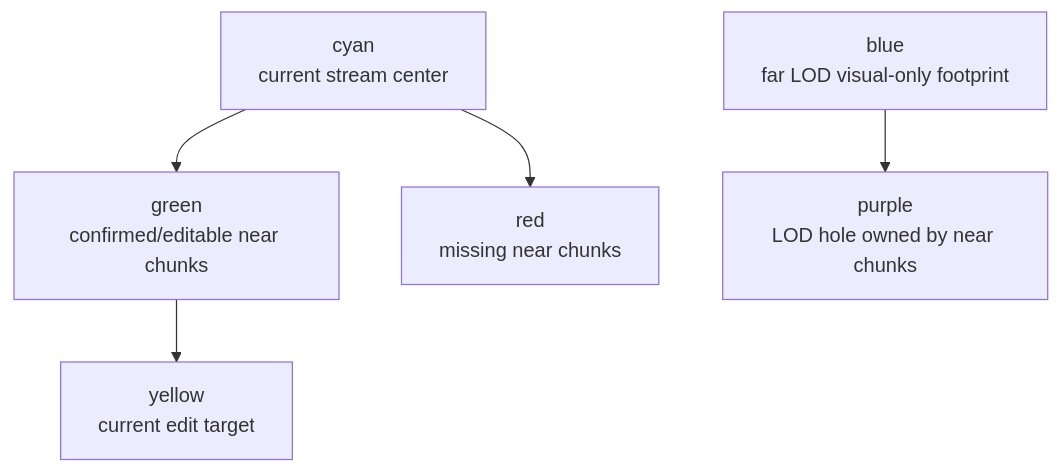
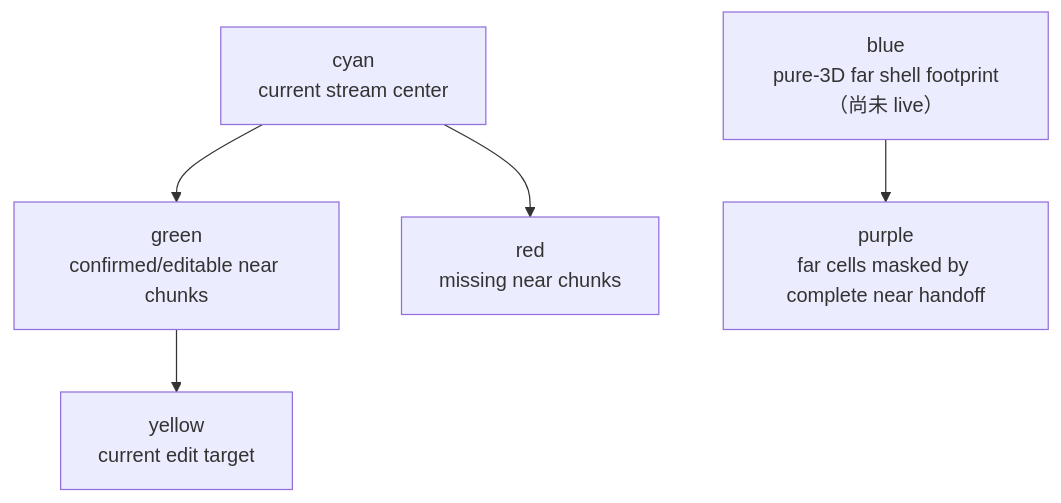
The diagram in docs/00-current-truth/design/voxel/client_active_region.md (dyzdyz010/ex_mmo_cluster), drawn with Mermaid before and after one commit. The commit also changed other lines of this file and 129 other files, not shown here.

````diff
--- a/docs/00-current-truth/design/voxel/client_active_region.md
+++ b/docs/00-current-truth/design/voxel/client_active_region.md
@@ -26,14 +28,14 @@
 ```mermaid
 flowchart TD
   Cyan["cyan<br/>current stream center"]
   Green["green<br/>confirmed/editable near chunks"]
   Red["red<br/>missing near chunks"]
-  Blue["blue<br/>far LOD visual-only footprint"]
-  Purple["purple<br/>LOD hole owned by near chunks"]
+  Blue["blue<br/>pure-3D far shell footprint（尚未 live）"]
+  Purple["purple<br/>far cells masked by complete near handoff"]
   Yellow["yellow<br/>current edit target"]
 
   Cyan --> Green
   Cyan --> Red
   Green --> Yellow
   Blue --> Purple
 ```
````
